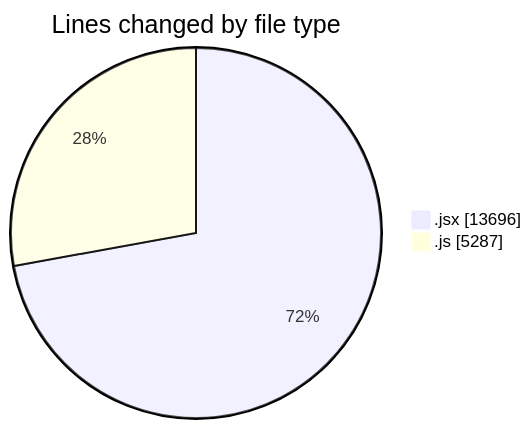
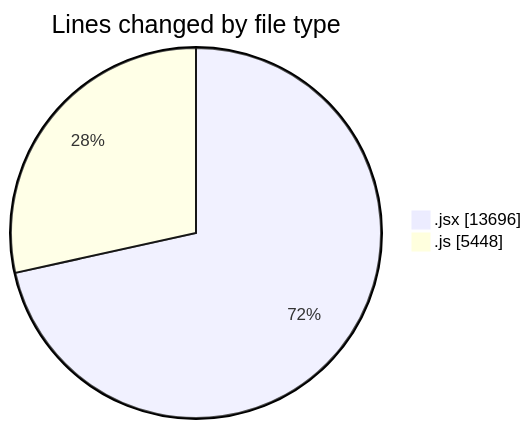
Before and after one commit to nxtqubesakshisongat/code-tracking: the first of 2 diagrams in 2025-09-25/nxtqube_webapp/README.md, drawn with Mermaid. The commit also changed other lines of this file and 1 other file, not shown here.

````diff
--- a/2025-09-25/nxtqube_webapp/README.md
+++ b/2025-09-25/nxtqube_webapp/README.md
@@ -25,6 +26,6 @@
 ```mermaid
 pie showData
 title Lines changed by file type
 ".jsx" : 13696
-".js" : 5287
+".js" : 5448
 ```
````
